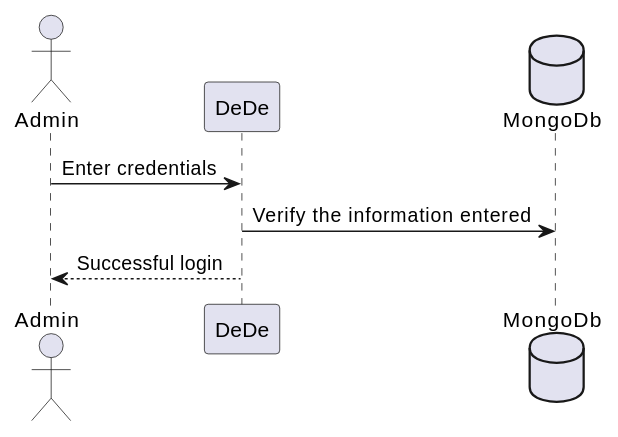
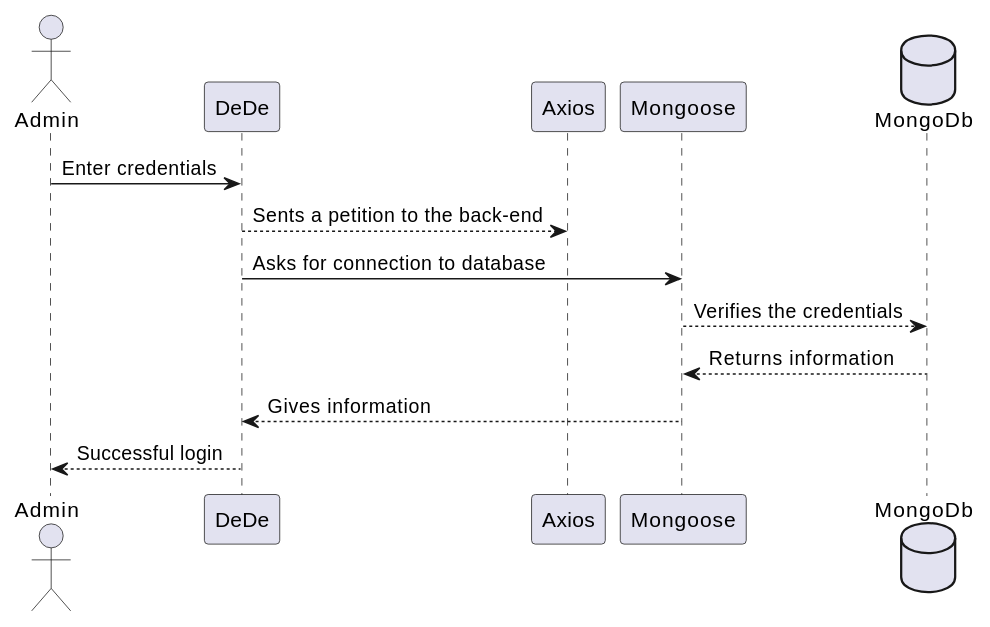
Before and after one commit to Arquisoft/Arquisoft-dede_es_04a: the second of 6 diagrams in docs/06_runtime_view.adoc, drawn with PlantUML. The commit also changed other lines of this file, not shown here.

```diff
--- a/docs/06_runtime_view.adoc
+++ b/docs/06_runtime_view.adoc
@@ -32,11 +32,17 @@
 [plantuml,"AdminView",png]
 ----
 @startuml
 actor Admin
 participant DeDe
+participant Axios
+participant Mongoose
 database MongoDb
 Admin -> DeDe: Enter credentials
-DeDe -> MongoDb: Verify the information entered
+DeDe --> Axios: Sents a petition to the back-end
+DeDe -> Mongoose: Asks for connection to database
+Mongoose --> MongoDb: Verifies the credentials
+MongoDb --> Mongoose: Returns information
+Mongoose --> DeDe: Gives information
 DeDe --> Admin: Successful login
 @enduml
 ----
```
